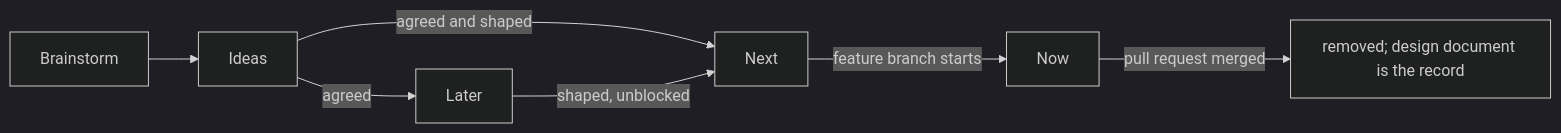
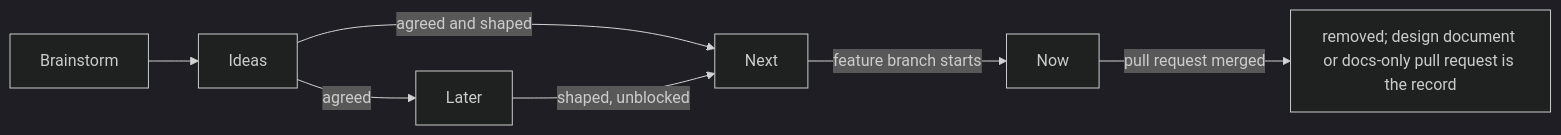
The diagram in .agents/skills/roadmap/README.md (SMB-M87/Kinetra), drawn with Mermaid (dark theme) before and after one commit. The commit also changed other lines of this file and 10 other files, not shown here.

First line of the commit message:
docs(agents): address review: the docs-only exemption in every step that fills or cites a design document

````diff
--- a/.agents/skills/roadmap/README.md
+++ b/.agents/skills/roadmap/README.md
@@ -32,9 +32,9 @@
 ```mermaid
 flowchart LR
     B[Brainstorm] --> I[Ideas]
     I -->|agreed| L[Later]
     I -->|agreed and shaped| N[Next]
     L -->|shaped, unblocked| N
     N -->|feature branch starts| W[Now]
-    W -->|pull request merged| X[removed; design document is the record]
+    W -->|pull request merged| X[removed; design document or docs-only pull request is the record]
 ```
````
